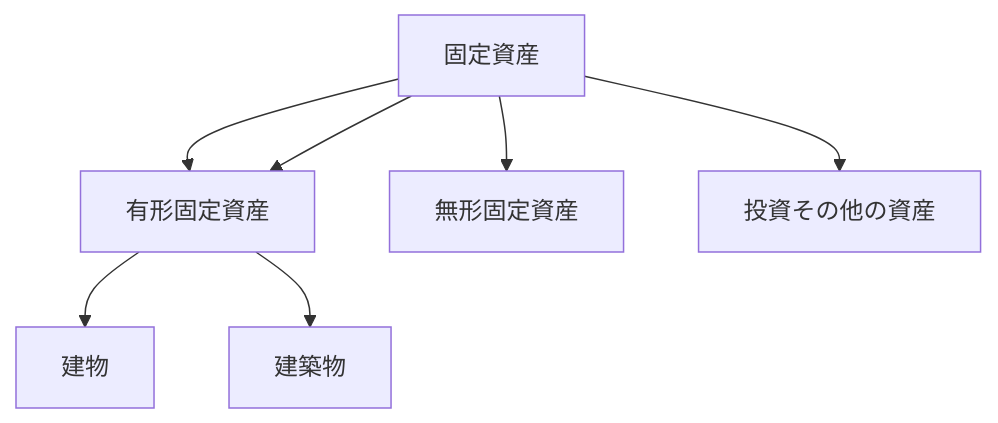
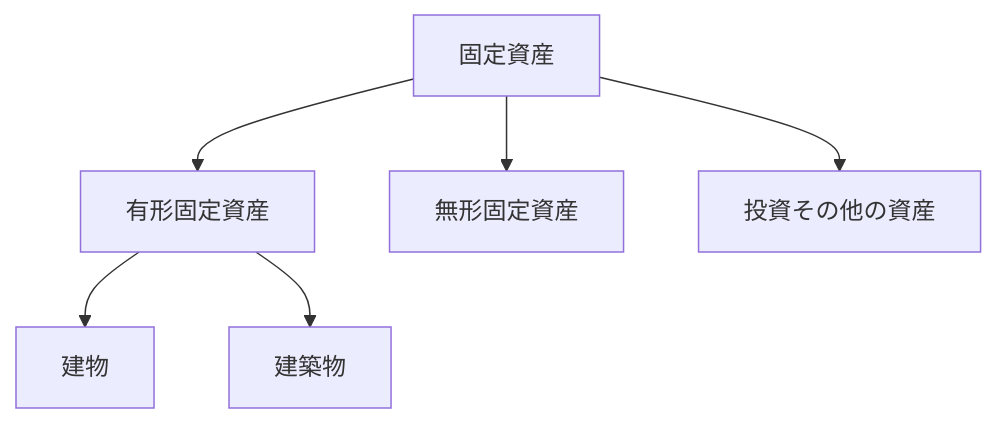
Before and after one commit to bebetakumi/mermaid: the diagram in 固定資産/固定資産の分類.md, drawn with Mermaid.

````diff
--- a/固定資産/固定資産の分類.md
+++ b/固定資産/固定資産の分類.md
@@ -1,16 +1,15 @@
 ```mermaid
 graph TD
 
 固定資産
 有形固定資産
 無形固定資産
 投資その他の資産
 建物
 建築物
 
 固定資産 --> 有形固定資産 --> 建物 & 建築物
-固定資産 --> 有形固定資産
 固定資産 --> 無形固定資産
 固定資産 --> 投資その他の資産
 
 ```
````
